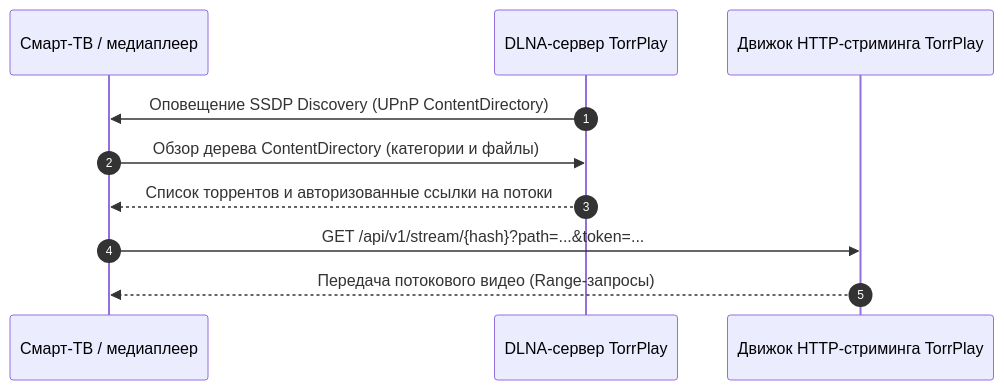
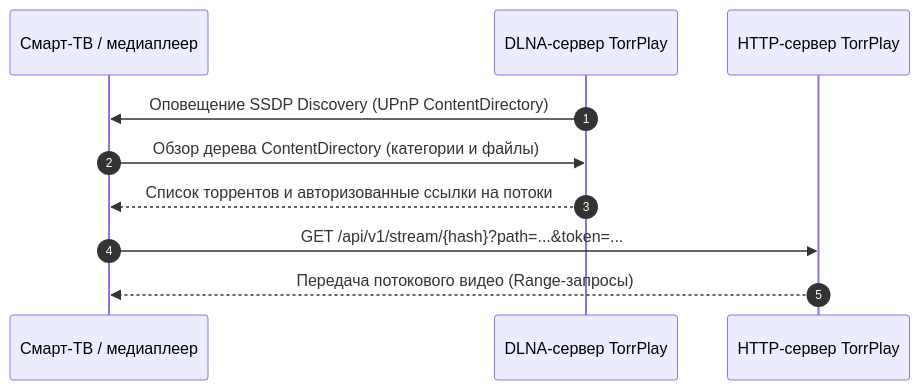
Before and after one commit to skunkie/skunkie.github.io: the diagram in content/ru/docs/dlna.md, drawn with Mermaid. The commit also changed 22 other files, not shown here.

First line of the commit message:
docs: align documentation with current architecture

````diff
--- a/content/ru/docs/dlna.md
+++ b/content/ru/docs/dlna.md
@@ -59,13 +59,13 @@
 ```mermaid
 sequenceDiagram
     autonumber
     participant TV as Смарт-ТВ / медиаплеер
     participant DLNA as DLNA-сервер TorrPlay
-    participant Engine as Движок HTTP-стриминга TorrPlay
+    participant Engine as HTTP-сервер TorrPlay
 
     DLNA->>TV: Оповещение SSDP Discovery (UPnP ContentDirectory)
     TV->>DLNA: Обзор дерева ContentDirectory (категории и файлы)
     DLNA-->>TV: Список торрентов и авторизованные ссылки на потоки
     TV->>Engine: GET /api/v1/stream/{hash}?path=...&token=...
     Engine-->>TV: Передача потокового видео (Range-запросы)
 ```
````
